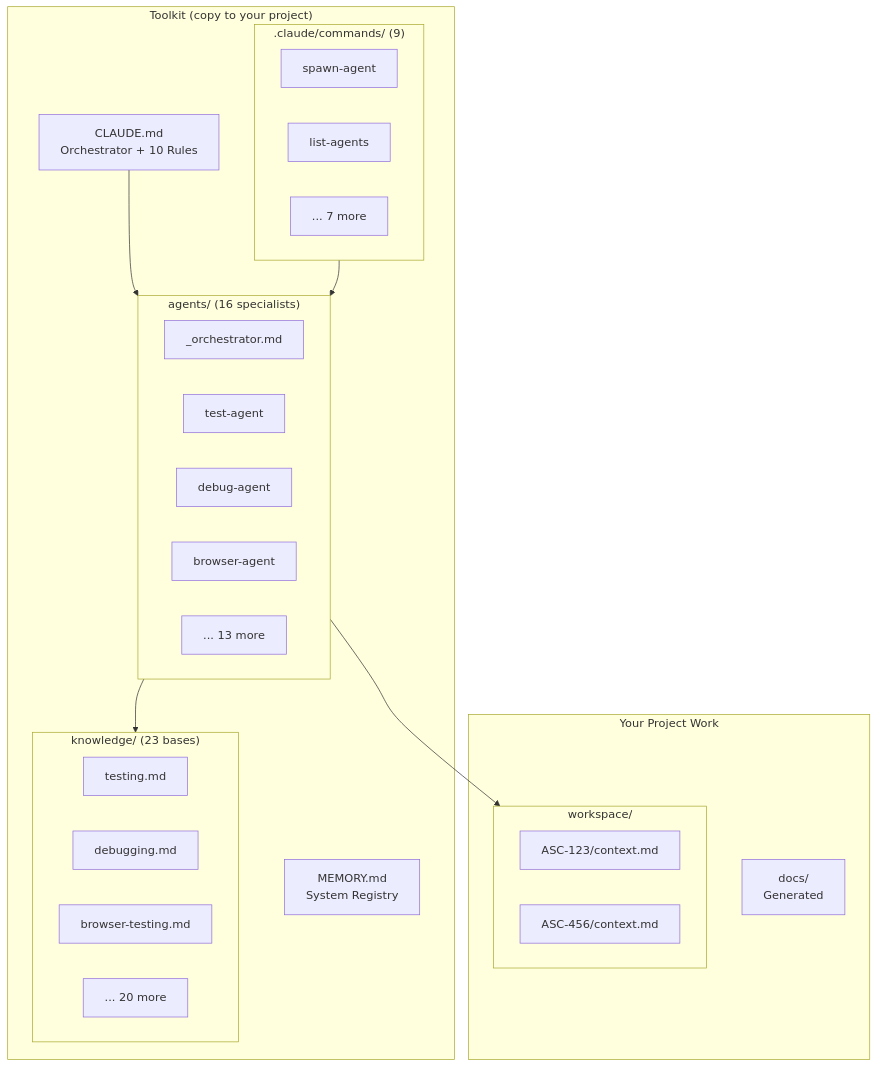
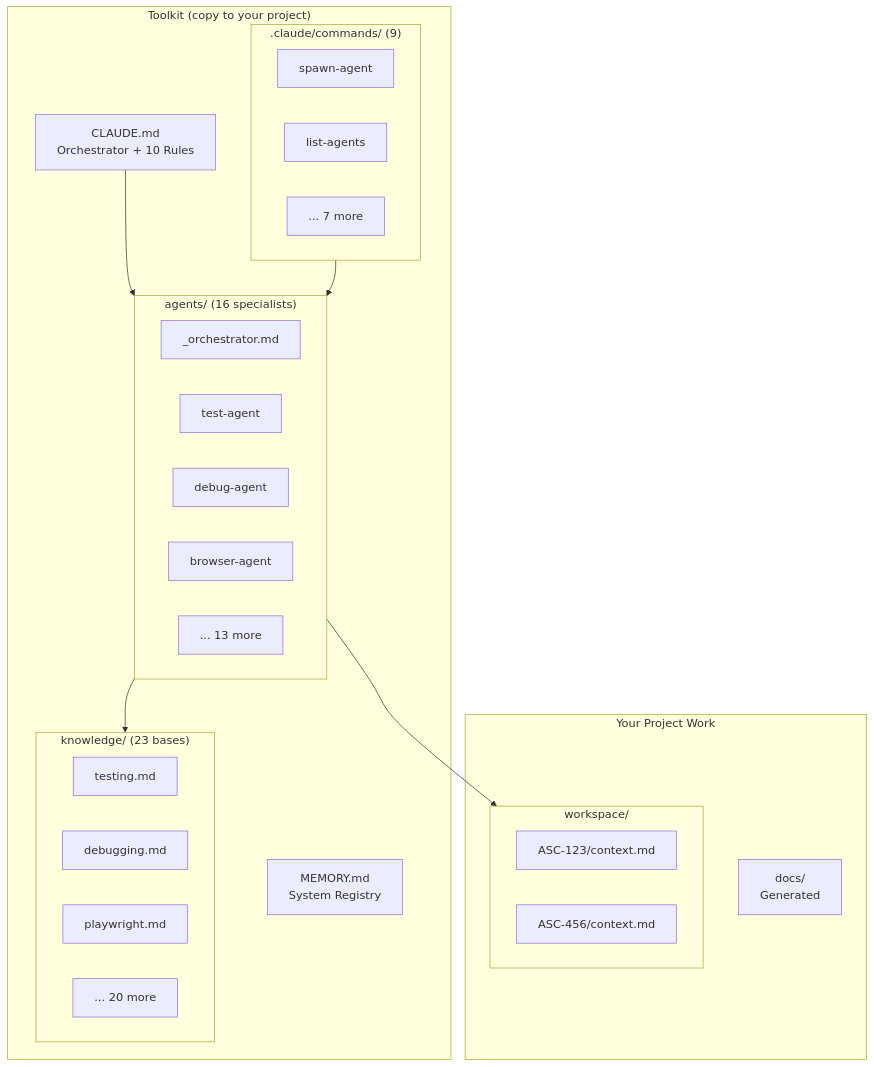
One commit to MikahNiehaus/ClaudeMemory changed the third of 9 diagrams in README.md. Above: the diagram before and after it, drawn with Mermaid. The commit also changed other lines of this file and 10 other files, not shown here.

First line of the commit message:
Replace browser-testing knowledge base with playwright

````diff
--- a/README.md
+++ b/README.md
@@ -88,42 +88,42 @@
 ```mermaid
 flowchart TB
     subgraph Toolkit["Toolkit (copy to your project)"]
         CLAUDE[CLAUDE.md<br/>Orchestrator + 10 Rules]
         MEMORY[MEMORY.md<br/>System Registry]
 
         subgraph Agents["agents/ (16 specialists)"]
             Orch[_orchestrator.md]
             Test[test-agent]
             Debug[debug-agent]
             Browser[browser-agent]
             More[... 13 more]
         end
 
         subgraph Knowledge["knowledge/ (23 bases)"]
             Testing[testing.md]
             Debugging[debugging.md]
-            BrowserTest[browser-testing.md]
+            Playwright[playwright.md]
             MoreK[... 20 more]
         end
 
         subgraph Commands[".claude/commands/ (9)"]
             Spawn[spawn-agent]
             ListA[list-agents]
             MoreC[... 7 more]
         end
     end
 
     subgraph Project["Your Project Work"]
         subgraph Workspace["workspace/"]
             Task1[ASC-123/context.md]
             Task2[ASC-456/context.md]
         end
 
         Docs[docs/<br/>Generated]
     end
 
     CLAUDE --> Agents
     Agents --> Knowledge
     Agents --> Workspace
     Commands --> Agents
 ```
````
